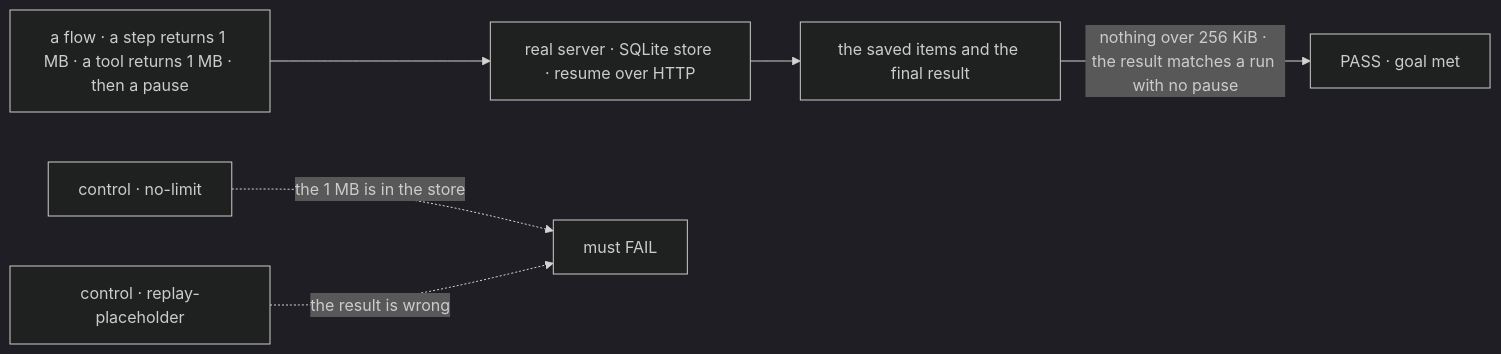
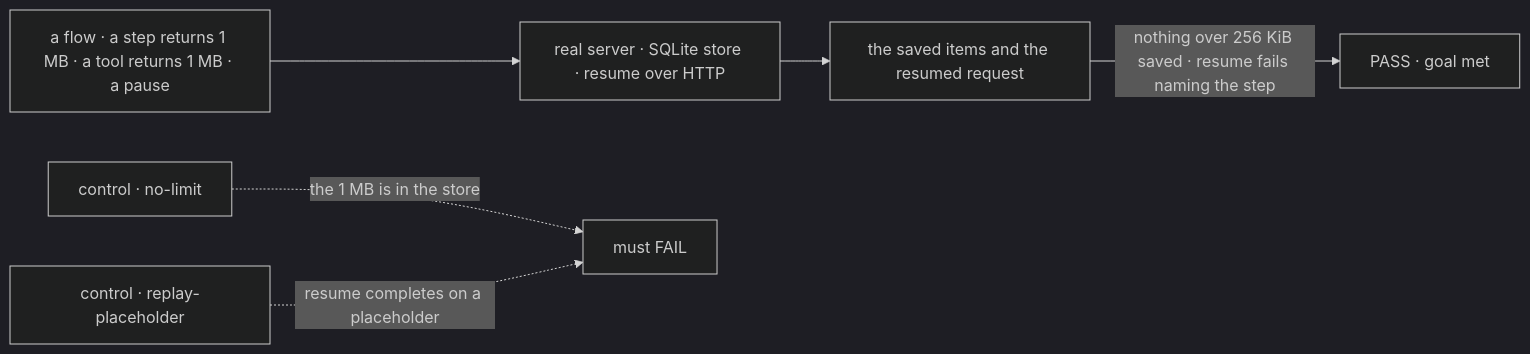
Before and after one commit to fixpoint-labs/flow-state-dev: the first of 2 diagrams in specs/issues/FIX-1772/SPEC.md, drawn with Mermaid (dark theme). The commit also changed other lines of this file and 11 other files, not shown here.

````diff
--- a/specs/issues/FIX-1772/SPEC.md
+++ b/specs/issues/FIX-1772/SPEC.md
@@ -32,8 +34,8 @@
 ```mermaid
 flowchart LR
-  I["a flow · a step returns 1 MB · a tool returns 1 MB · then a pause"] --> R["real server · SQLite store · resume over HTTP"]
-  R --> S["the saved items and the final result"]
-  S -->|"nothing over 256 KiB · the result matches a run with no pause"| P["PASS · goal met"]
+  I["a flow · a step returns 1 MB · a tool returns 1 MB · a pause"] --> R["real server · SQLite store · resume over HTTP"]
+  R --> S["the saved items and the resumed request"]
+  S -->|"nothing over 256 KiB saved · resume fails naming the step"| P["PASS · goal met"]
   C1["control · no-limit"] -.->|"the 1 MB is in the store"| F["must FAIL"]
-  C2["control · replay-placeholder"] -.->|"the result is wrong"| F
+  C2["control · replay-placeholder"] -.->|"resume completes on a placeholder"| F
 ```
````
